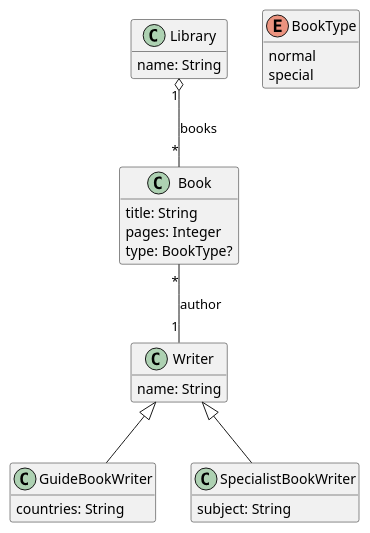
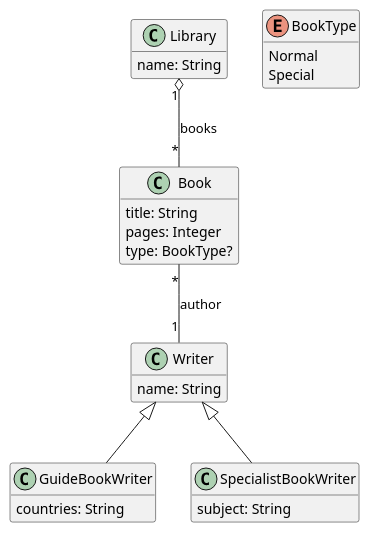
The diagram in diagrams/library-gen.puml (LionWeb-io/lionweb-typescript), drawn with PlantUML before and after one commit. The commit also changed 4 other files, not shown here.

```diff
--- a/diagrams/library-gen.puml
+++ b/diagrams/library-gen.puml
@@ -1,45 +1,45 @@
 @startuml
 hide empty members
 
 ' qualified name: "library"
 
 
 class Book {
   title: String
   pages: Integer
   type: BookType?
 }
 
 enum BookType {
-  normal
-  special
+  Normal
+  Special
 }
 
 class GuideBookWriter extends Writer {
   countries: String
 }
 
 class Library {
   name: String
 }
 
 class SpecialistBookWriter extends Writer {
   subject: String
 }
 
 class Writer {
   name: String
 }
 
 
 
 ' relations:
 
 Book "*" -- "1" Writer: author
 
 
 Library "1" o-- "*" Book: books
 
 
 
 @enduml
```
